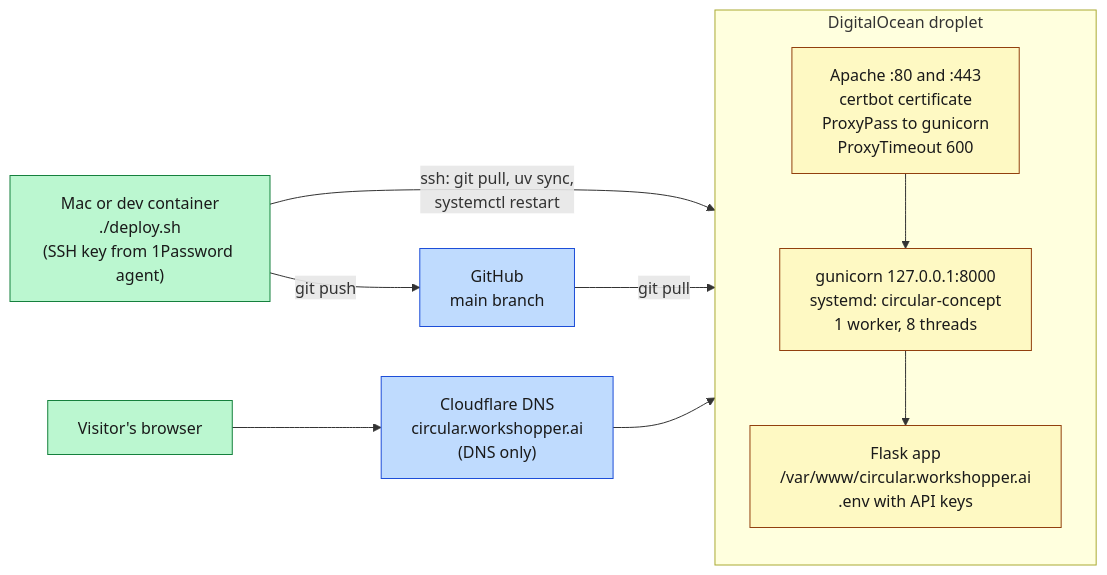
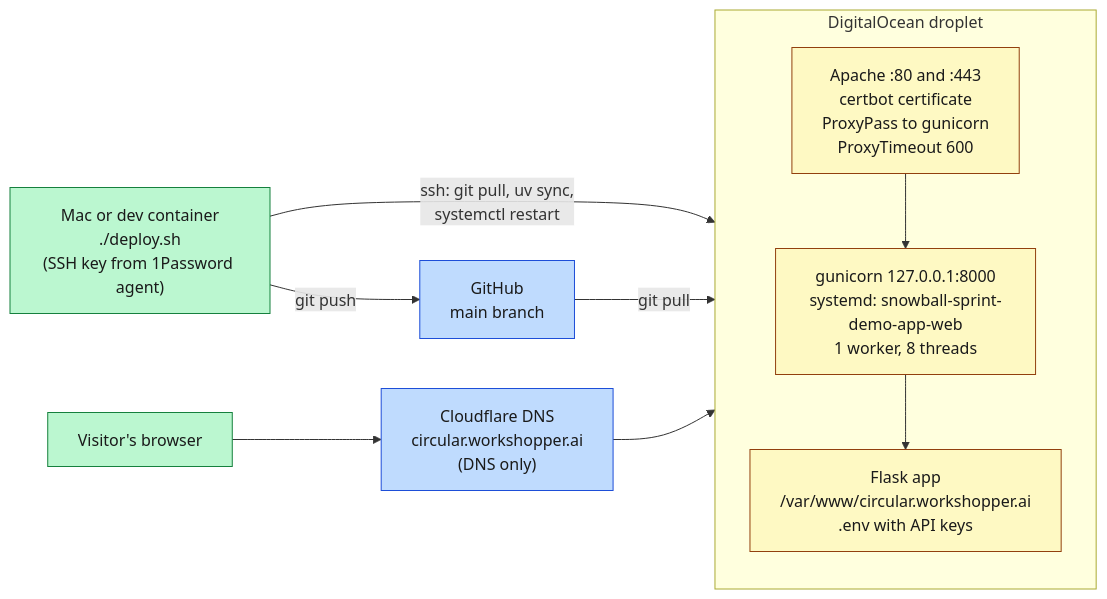
One commit to dscamahorn/snowball-sprint-demo-app changed the second of 3 diagrams in docs/architecture.md. Above: the diagram before and after it, drawn with Mermaid. The commit also changed 12 other files, not shown here.

First line of the commit message:
Rename to snowball-sprint-demo-app and adopt the droplet standard

````diff
--- a/docs/architecture.md
+++ b/docs/architecture.md
@@ -93,24 +93,24 @@
 ```mermaid
 flowchart LR
     classDef local fill:#bbf7d0,stroke:#15803d,color:#1a1a1a
     classDef edge  fill:#bfdbfe,stroke:#1d4ed8,color:#1a1a1a
     classDef box   fill:#fef9c3,stroke:#92400e,color:#1a1a1a
 
     Dev["Mac or dev container\n./deploy.sh\n(SSH key from 1Password agent)"]:::local
     GitHub["GitHub\nmain branch"]:::edge
     Browser["Visitor's browser"]:::local
     Cloudflare["Cloudflare DNS\ncircular.workshopper.ai\n(DNS only)"]:::edge
 
-    subgraph Droplet["DigitalOcean droplet <droplet ip>"]
+    subgraph Droplet["DigitalOcean droplet"]
         direction TB
         Apache["Apache :80 and :443\ncertbot certificate\nProxyPass to gunicorn\nProxyTimeout 600"]:::box
-        Gunicorn["gunicorn 127.0.0.1:8000\nsystemd: circular-concept\n1 worker, 8 threads"]:::box
+        Gunicorn["gunicorn 127.0.0.1:8000\nsystemd: snowball-sprint-demo-app-web\n1 worker, 8 threads"]:::box
         App["Flask app\n/var/www/circular.workshopper.ai\n.env with API keys"]:::box
         Apache --> Gunicorn --> App
     end
 
     Dev -->|"git push"| GitHub
     Dev -->|"ssh: git pull, uv sync,\nsystemctl restart"| App
     GitHub -->|"git pull"| App
     Browser --> Cloudflare --> Apache
 ```
````
